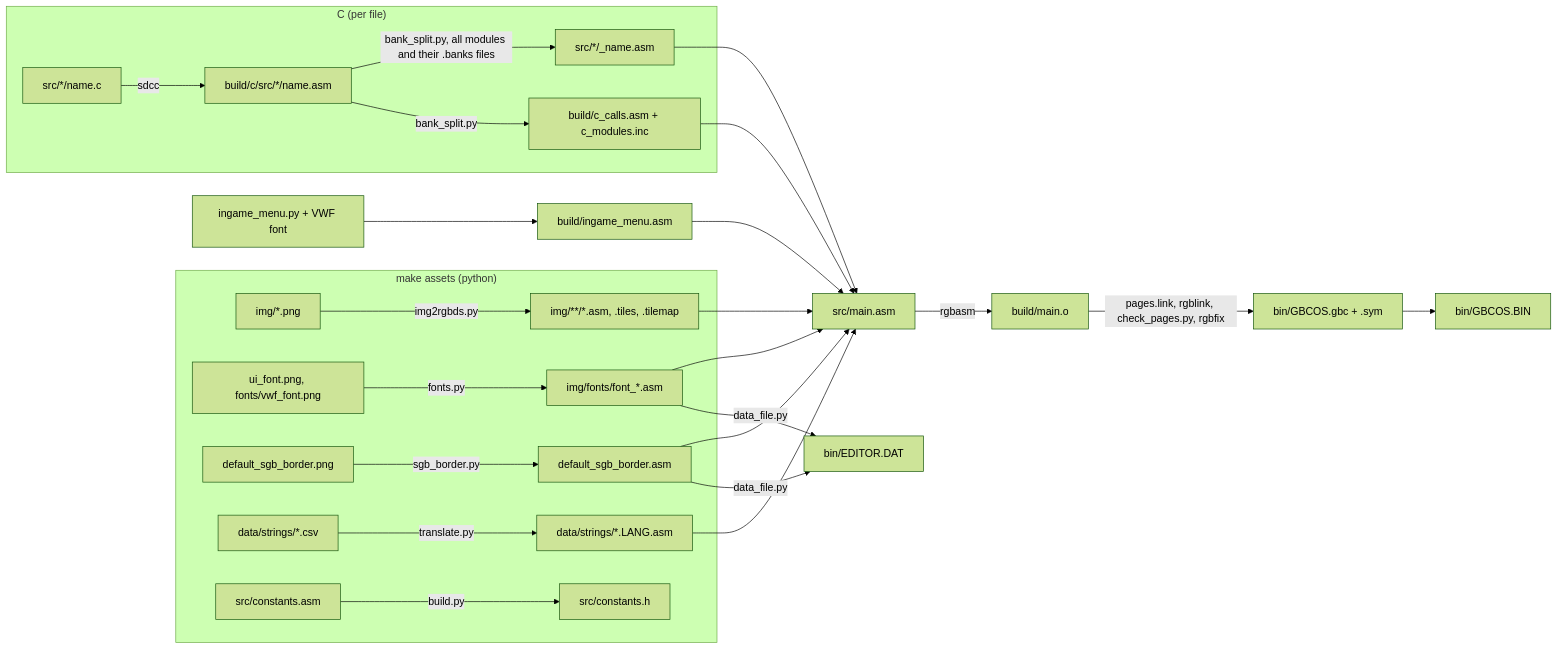
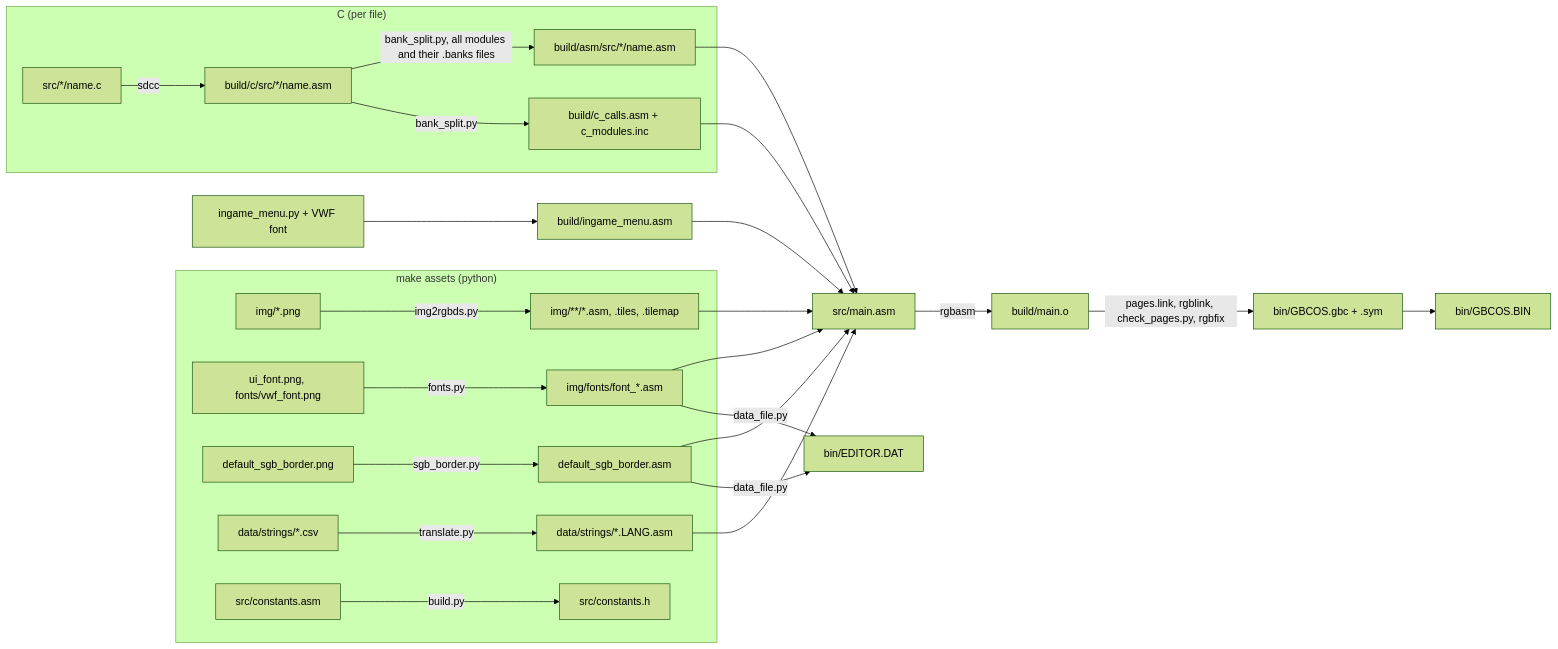
One commit to Q-Bert-Reynolds/fatpak changed the first of 3 diagrams in notes/ARCHITECTURE.md. Above: the diagram before and after it, drawn with Mermaid (forest theme). The commit also changed other lines of this file and 28 other files, not shown here.

Commit message:
updates bank splitting code so generated assemblies only exist in build folder instead of cluttering src

````diff
--- a/notes/ARCHITECTURE.md
+++ b/notes/ARCHITECTURE.md
@@ -27,22 +27,22 @@
 ```mermaid
 flowchart LR
   subgraph assets["make assets (python)"]
     png[img/*.png] -->|img2rgbds.py| imgasm[img/**/*.asm, .tiles, .tilemap]
     fontpng[ui_font.png, fonts/vwf_font.png] -->|fonts.py| fontasm[img/fonts/font_*.asm]
     border[default_sgb_border.png] -->|sgb_border.py| borderasm[default_sgb_border.asm]
     csv[data/strings/*.csv] -->|translate.py| strasm[data/strings/*.LANG.asm]
     consts[src/constants.asm] -->|build.py| consth[src/constants.h]
   end
   subgraph c["C (per file)"]
     cfile[src/*/name.c] -->|sdcc| raw[build/c/src/*/name.asm]
-    raw -->|bank_split.py, all modules and their .banks files| casm[src/*/_name.asm]
+    raw -->|bank_split.py, all modules and their .banks files| casm[build/asm/src/*/name.asm]
     raw -->|bank_split.py| calls[build/c_calls.asm + c_modules.inc]
   end
   main[src/main.asm] -->|rgbasm| obj[build/main.o]
   imgasm & fontasm & borderasm & strasm & casm & calls --> main
   menu[ingame_menu.py + VWF font] --> menugfx[build/ingame_menu.asm]
   menugfx --> main
   obj -->|pages.link, rgblink, check_pages.py, rgbfix| rom[bin/GBCOS.gbc + .sym]
   rom --> os[bin/GBCOS.BIN]
   fontasm & borderasm -->|data_file.py| data[bin/EDITOR.DAT]
 ```
````
